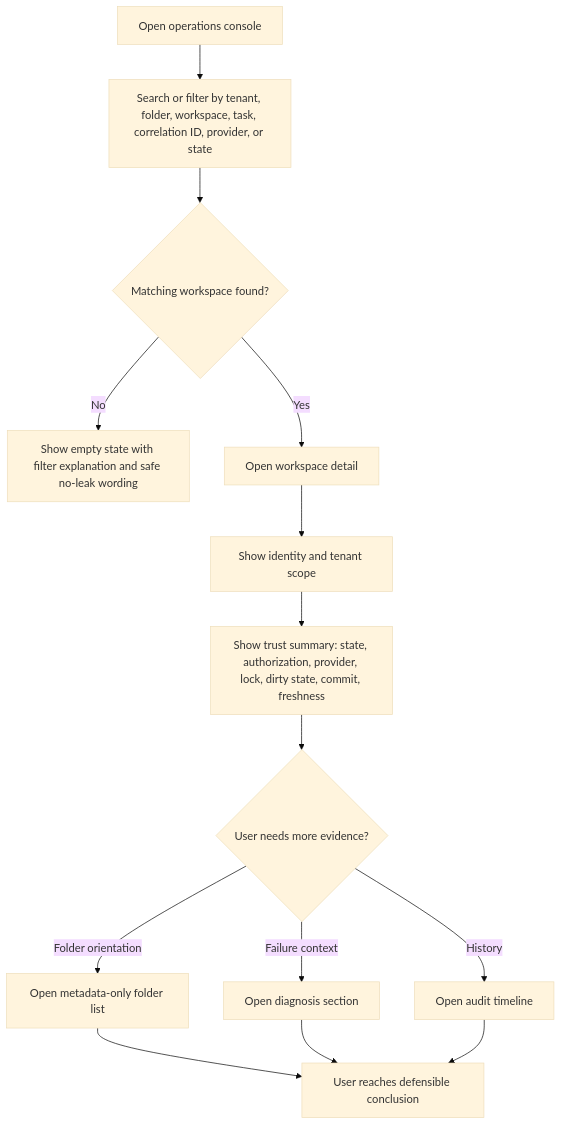
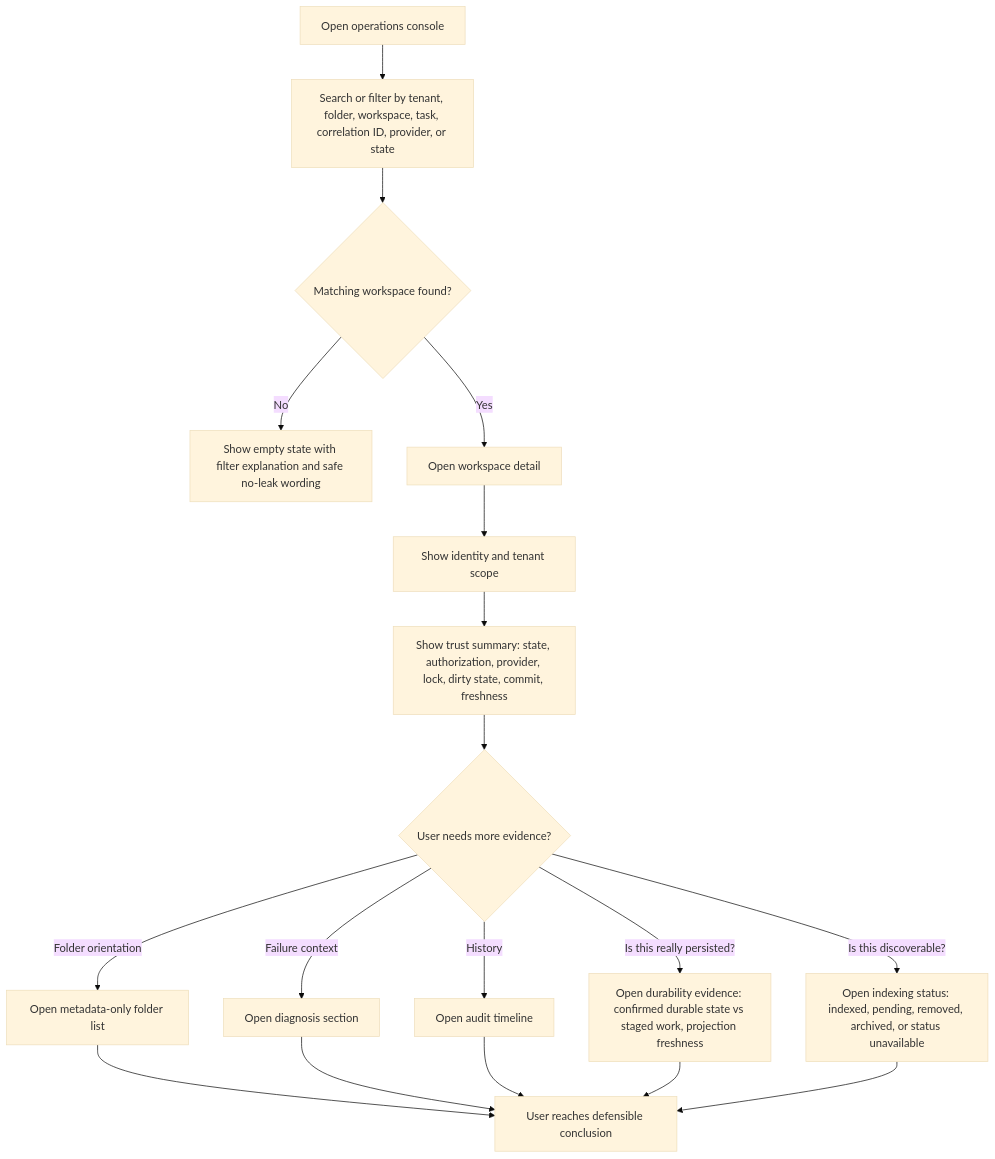
The first of 3 diagrams in _bmad-output/planning-artifacts/ux-design-specification.md (Hexalith/Hexalith.Folders), drawn with Mermaid (base theme) before and after one commit. The commit also changed other lines of this file and 23 other files, not shown here.

````diff
--- a/_bmad-output/planning-artifacts/ux-design-specification.md
+++ b/_bmad-output/planning-artifacts/ux-design-specification.md
@@ -433,16 +482,20 @@
 ```mermaid
 flowchart TD
   A["Open operations console"] --> B["Search or filter by tenant, folder, workspace, task, correlation ID, provider, or state"]
   B --> C{"Matching workspace found?"}
   C -->|No| D["Show empty state with filter explanation and safe no-leak wording"]
   C -->|Yes| E["Open workspace detail"]
   E --> F["Show identity and tenant scope"]
   F --> G["Show trust summary: state, authorization, provider, lock, dirty state, commit, freshness"]
   G --> H{"User needs more evidence?"}
   H -->|Folder orientation| I["Open metadata-only folder list"]
   H -->|Failure context| J["Open diagnosis section"]
   H -->|History| K["Open audit timeline"]
+  H -->|Is this really persisted?| M["Open durability evidence: confirmed durable state vs staged work, projection freshness"]
+  H -->|Is this discoverable?| N["Open indexing status: indexed, pending, removed, archived, or status unavailable"]
   I --> L["User reaches defensible conclusion"]
   J --> L
   K --> L
+  M --> L
+  N --> L
 ```
````
